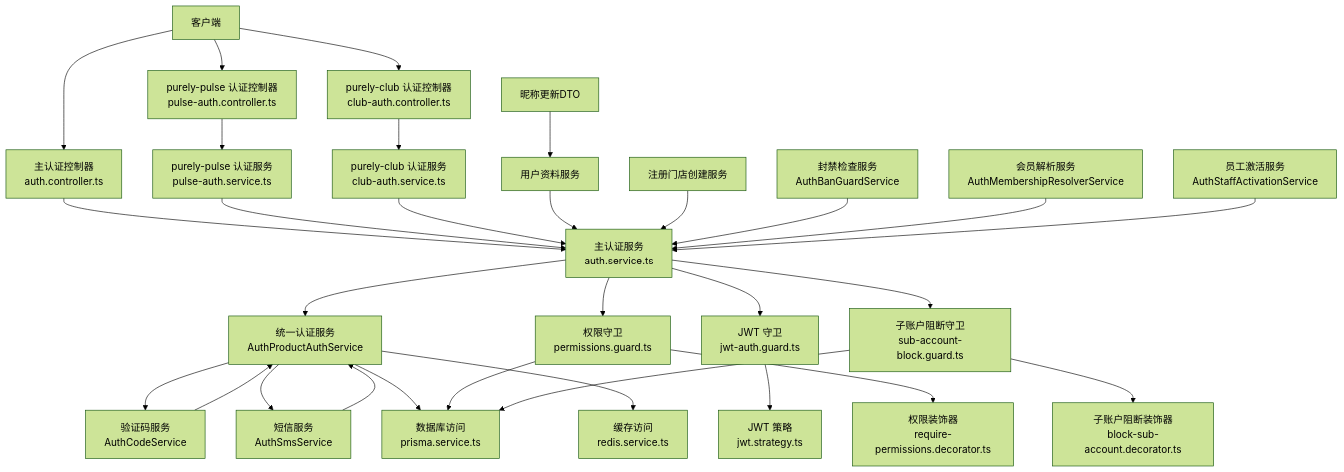
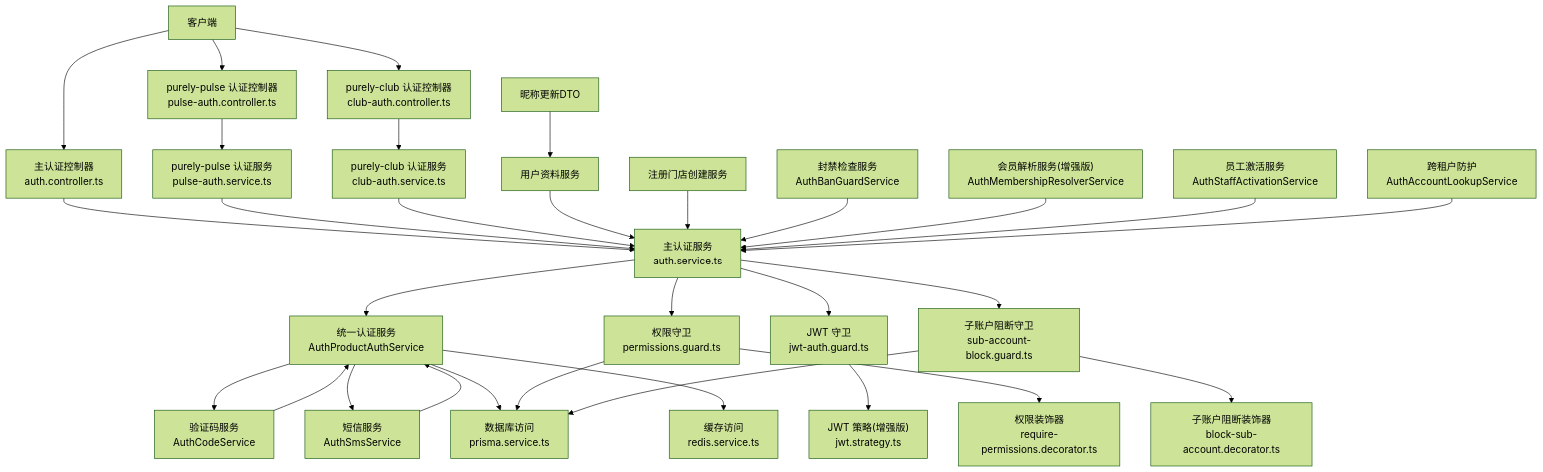
One commit to rc558620/purelyprofit-server changed the second of 16 diagrams in .qoder/repowiki/zh/content/认证授权系统/认证授权系统.md. Above: the diagram before and after it, drawn with Mermaid (forest theme). The commit also changed other lines of this file and 80 other files, not shown here.

````diff
--- a/.qoder/repowiki/zh/content/认证授权系统/认证授权系统.md
+++ b/.qoder/repowiki/zh/content/认证授权系统/认证授权系统.md
@@ -262,32 +261,33 @@
 ```mermaid
 graph TB
 Client["客户端"] --> MainAPI["主认证控制器<br/>auth.controller.ts"]
 Client --> ClubAPI["purely-club 认证控制器<br/>club-auth.controller.ts"]
 Client --> PulseAPI["purely-pulse 认证控制器<br/>pulse-auth.controller.ts"]
 MainAPI --> MainAuthSvc["主认证服务<br/>auth.service.ts"]
 ClubAPI --> ClubAuthSvc["purely-club 认证服务<br/>club-auth.service.ts"]
 PulseAPI --> PulseAuthSvc["purely-pulse 认证服务<br/>pulse-auth.service.ts"]
 PulseAuthSvc --> MainAuthSvc
 MainAuthSvc --> UnifiedAuth["统一认证服务<br/>AuthProductAuthService"]
 UnifiedAuth --> CodeSvc["验证码服务<br/>AuthCodeService"]
 UnifiedAuth --> SmsSvc["短信服务<br/>AuthSmsService"]
 MainAuthSvc --> JwtGuard["JWT 守卫<br/>jwt-auth.guard.ts"]
-JwtGuard --> JwtStrategy["JWT 策略<br/>jwt.strategy.ts"]
+JwtGuard --> JwtStrategyEnhanced["JWT 策略(增强版)<br/>jwt.strategy.ts"]
 MainAuthSvc --> PermGuard["权限守卫<br/>permissions.guard.ts"]
 PermGuard --> Decorators["权限装饰器<br/>require-permissions.decorator.ts"]
 MainAuthSvc --> SubAccBlock["子账户阻断守卫<br/>sub-account-block.guard.ts"]
 SubAccBlock --> SubAccDecorators["子账户阻断装饰器<br/>block-sub-account.decorator.ts"]
 ClubAuthSvc --> MainAuthSvc
 UnifiedAuth --> Prisma["数据库访问<br/>prisma.service.ts"]
 UnifiedAuth --> Redis["缓存访问<br/>redis.service.ts"]
 SmsSvc --> UnifiedAuth
 CodeSvc --> UnifiedAuth
 PermGuard --> Prisma
 SubAccBlock --> Prisma
 UPS["用户资料服务"] --> MainAuthSvc
 ARS["注册门店创建服务"] --> MainAuthSvc
 URNS["昵称更新DTO"] --> UPS
 ABGS["封禁检查服务<br/>AuthBanGuardService"] --> MainAuthSvc
-AMRS["会员解析服务<br/>AuthMembershipResolverService"] --> MainAuthSvc
+AMRS["会员解析服务(增强版)<br/>AuthMembershipResolverService"] --> MainAuthSvc
 ASAS["员工激活服务<br/>AuthStaffActivationService"] --> MainAuthSvc
+CrossTenant["跨租户防护<br/>AuthAccountLookupService"] --> MainAuthSvc
 ```
````
